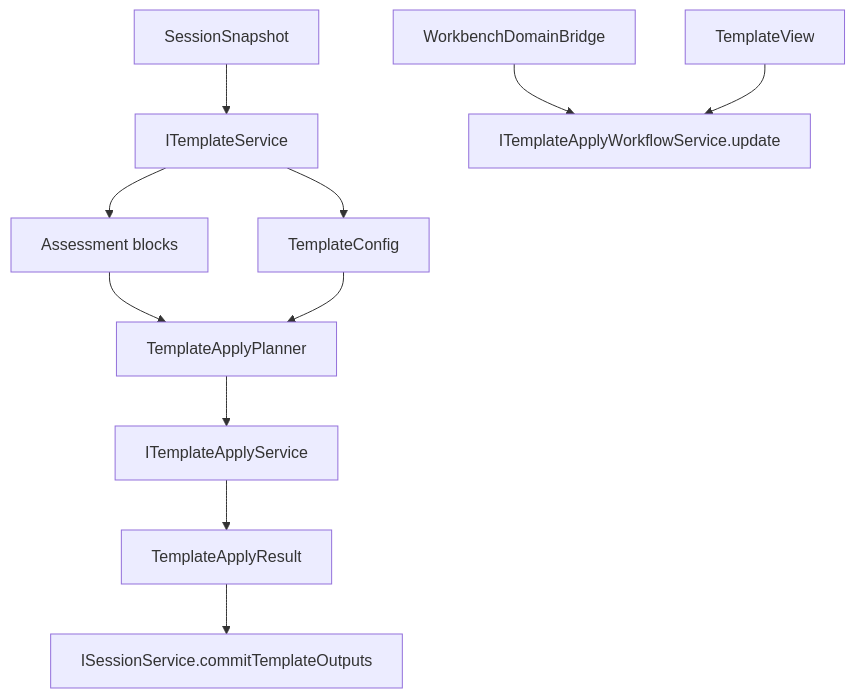
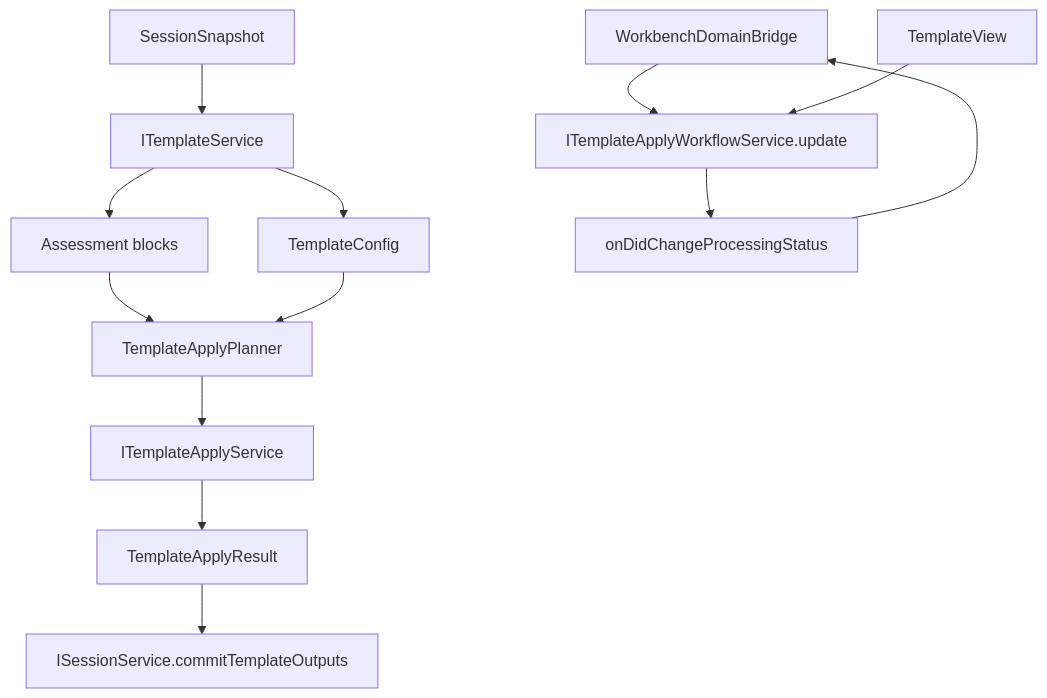
Before and after one commit to chogng/conductor: the diagram in .github/instructions/template.instructions.md, drawn with Mermaid. The commit also changed other lines of this file and 12 other files, not shown here.

Commit message:
feat: expose template processing status events

````diff
--- a/.github/instructions/template.instructions.md
+++ b/.github/instructions/template.instructions.md
@@ -71,13 +71,15 @@
 ```mermaid
 flowchart TD
     Snapshot[SessionSnapshot] --> Template[ITemplateService]
     Template --> Assessment[Assessment blocks]
     Template --> Config[TemplateConfig]
     DomainBridge[WorkbenchDomainBridge] --> Workflow[ITemplateApplyWorkflowService.update]
     TemplateView --> Workflow
     Assessment --> Planner[TemplateApplyPlanner]
     Config --> Planner
     Planner --> Worker[ITemplateApplyService]
     Worker --> Result[TemplateApplyResult]
     Result --> Commit[ISessionService.commitTemplateOutputs]
+    Workflow --> Status[onDidChangeProcessingStatus]
+    Status --> DomainBridge
 ```
````
